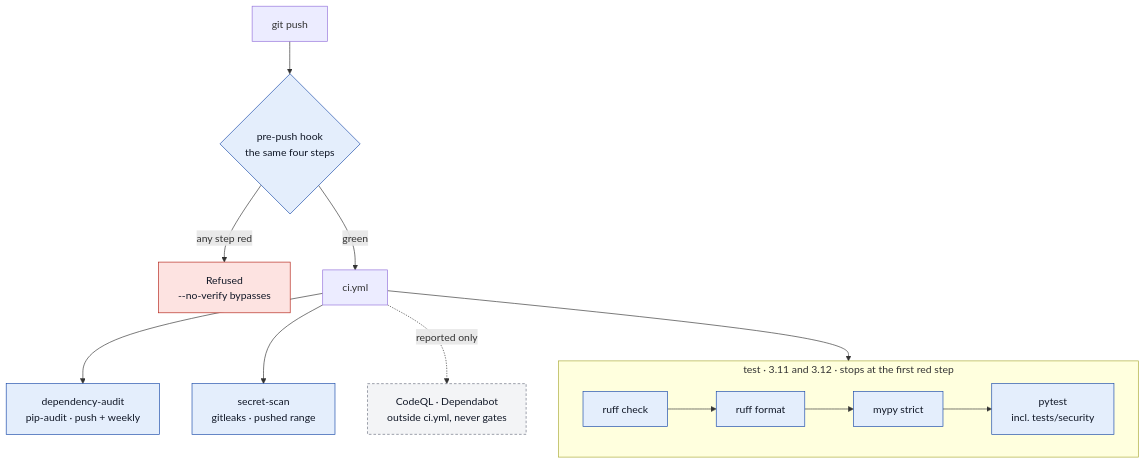
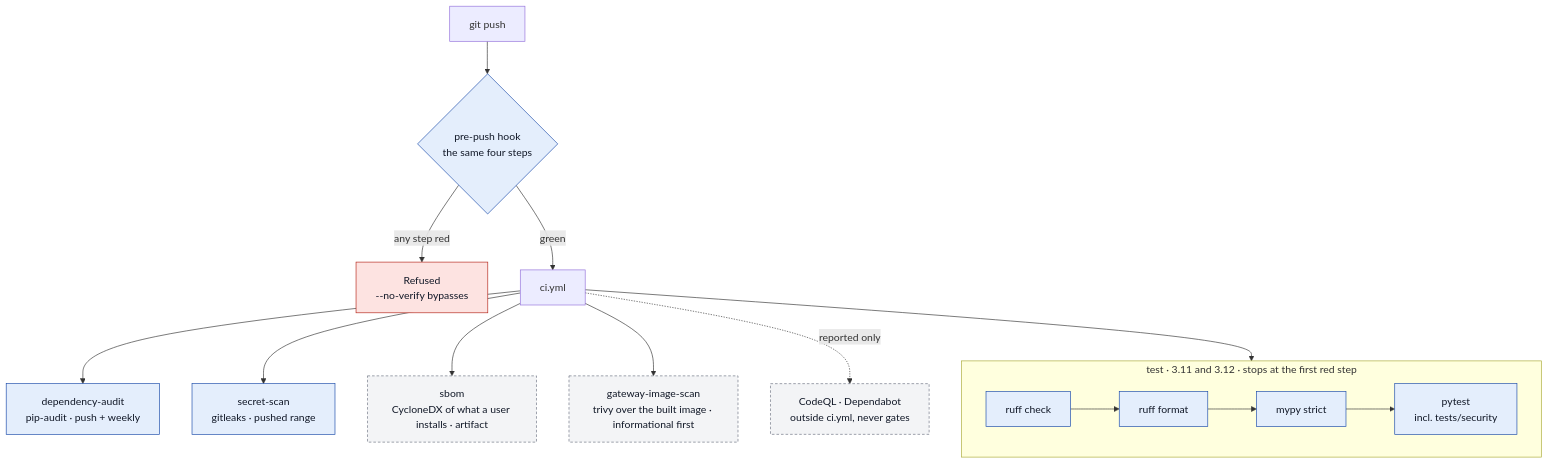
Before and after one commit to stephus182/ibkr_core_mcp: the fifth of 5 diagrams in docs/security-architecture.md, drawn with Mermaid. The commit also changed other lines of this file and 6 other files, not shown here.

````diff
--- a/docs/security-architecture.md
+++ b/docs/security-architecture.md
@@ -551,29 +553,33 @@
 ```mermaid
 flowchart TB
     classDef gate fill:#e4eefc,stroke:#1849a9,color:#111827
     classDef stop fill:#fde3e1,stroke:#b42318,color:#111827
     classDef soft fill:#f3f4f6,stroke:#6b7280,color:#111827,stroke-dasharray:4 3
 
     DEV["git push"] --> HOOK{"pre-push hook<br/>the same four steps"}
     HOOK -->|"any step red"| STOP["Refused<br/>--no-verify bypasses"]
     HOOK -->|"green"| CI["ci.yml"]
 
     subgraph TESTJOB["test · 3.11 and 3.12 · stops at the first red step"]
         direction LR
         A1["ruff check"] --> A2["ruff format"] --> A3["mypy strict"] --> A4["pytest<br/>incl. tests/security"]
     end
 
     DA["dependency-audit<br/>pip-audit · push + weekly"]
     SS["secret-scan<br/>gitleaks · pushed range"]
+    SB["sbom<br/>CycloneDX of what a user installs · artifact"]
+    GS["gateway-image-scan<br/>trivy over the built image · informational first"]
 
     CI --> A1
     CI --> DA
     CI --> SS
+    CI --> SB
+    CI --> GS
 
     OUT["CodeQL · Dependabot<br/>outside ci.yml, never gates"]
     CI -. "reported only" .-> OUT
 
     class HOOK,A1,A2,A3,A4,DA,SS gate
     class STOP stop
-    class OUT soft
+    class OUT,SB,GS soft
 ```
````
